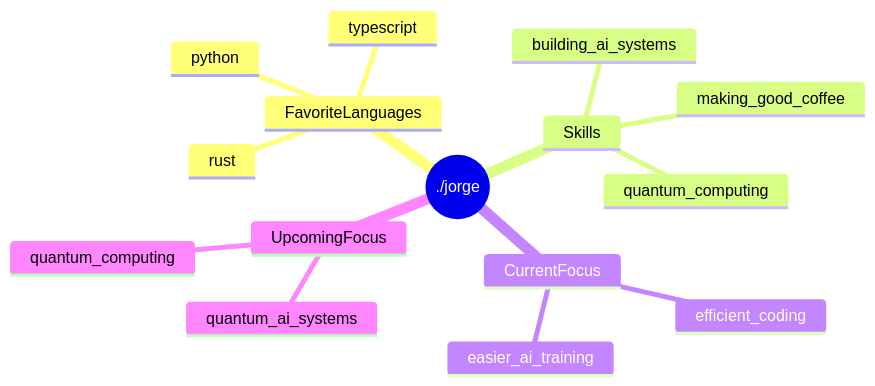
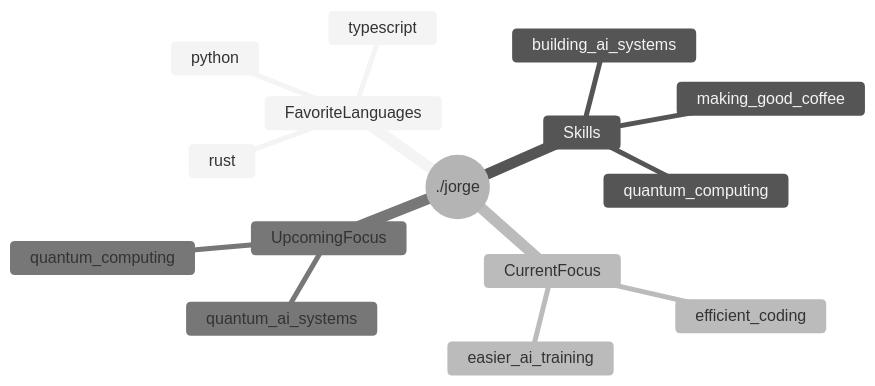
The diagram in README.md (jorge-menjivar/jorge-menjivar), drawn with Mermaid before and after one commit.

Commit message:
Update mermaid theme

````diff
--- a/README.md
+++ b/README.md
@@ -32,18 +32,22 @@
 ```mermaid
+---
+config:
+  theme: neutral
+---
 mindmap
   root((./jorge))
     FavoriteLanguages
       python
       typescript
       rust
     Skills
       building_ai_systems
       quantum_computing
       making_good_coffee
     CurrentFocus
       efficient_coding
       easier_ai_training
     UpcomingFocus
       quantum_ai_systems
       quantum_computing
 ```
````
